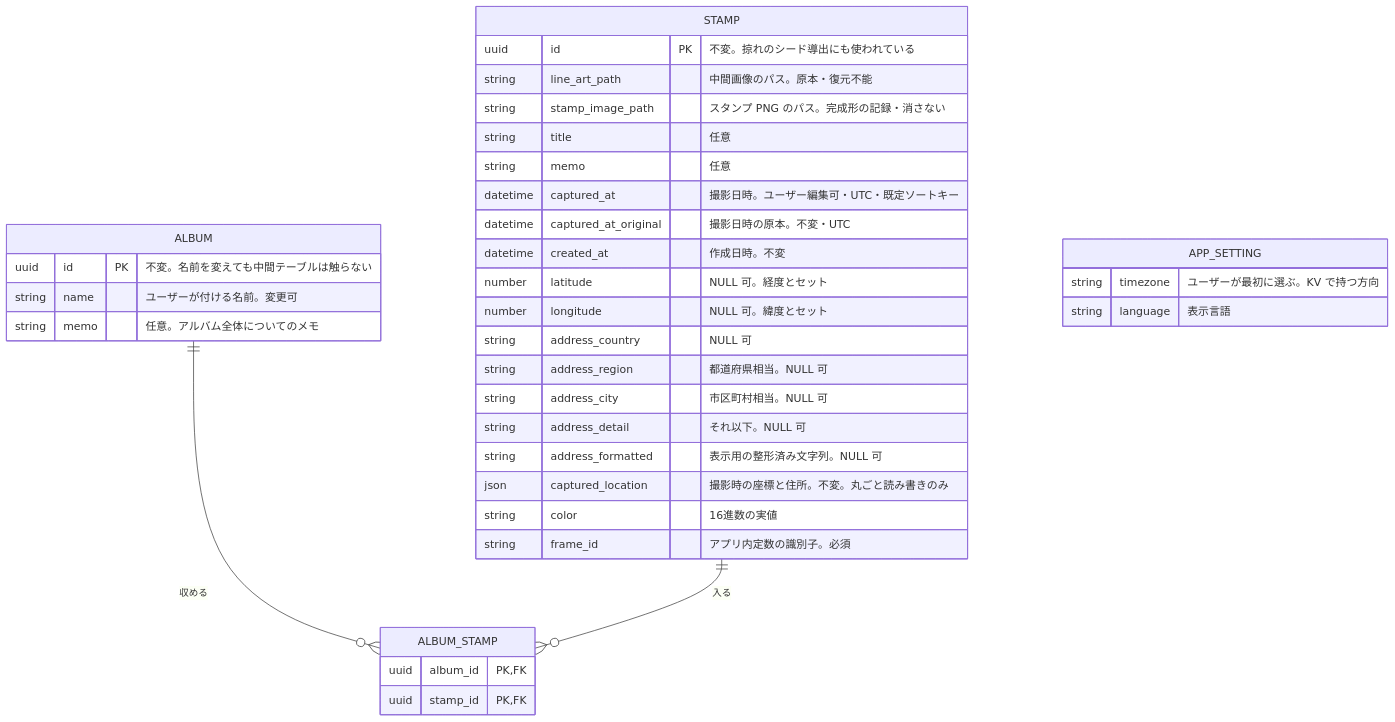
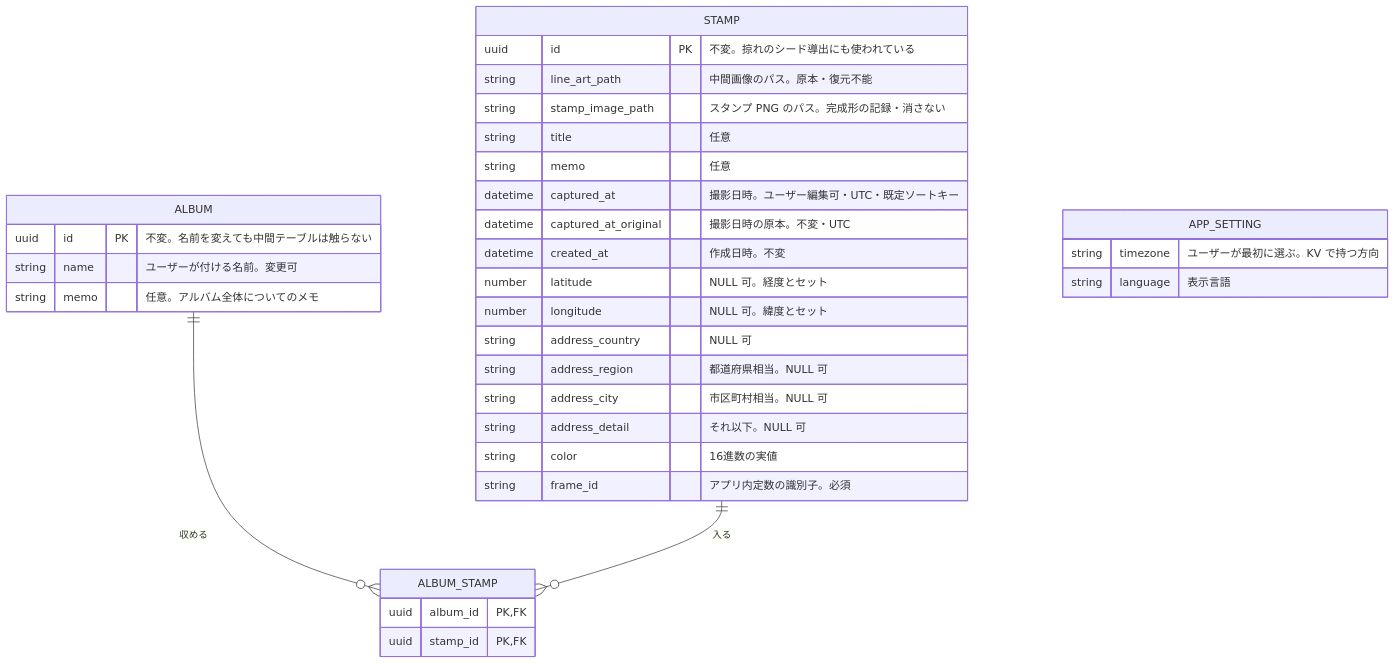
Before and after one commit to monarizzz/tabipon: the first of 3 diagrams in docs/data-model.md, drawn with Mermaid. The commit also changed other lines of this file, not shown here.

````diff
--- a/docs/data-model.md
+++ b/docs/data-model.md
@@ -133,42 +130,40 @@
 ```mermaid
 erDiagram
     STAMP {
         uuid id PK "不変。掠れのシード導出にも使われている"
         string line_art_path "中間画像のパス。原本・復元不能"
         string stamp_image_path "スタンプ PNG のパス。完成形の記録・消さない"
         string title "任意"
         string memo "任意"
         datetime captured_at "撮影日時。ユーザー編集可・UTC・既定ソートキー"
         datetime captured_at_original "撮影日時の原本。不変・UTC"
         datetime created_at "作成日時。不変"
         number latitude "NULL 可。経度とセット"
         number longitude "NULL 可。緯度とセット"
         string address_country "NULL 可"
         string address_region "都道府県相当。NULL 可"
         string address_city "市区町村相当。NULL 可"
         string address_detail "それ以下。NULL 可"
-        string address_formatted "表示用の整形済み文字列。NULL 可"
-        json captured_location "撮影時の座標と住所。不変。丸ごと読み書きのみ"
         string color "16進数の実値"
         string frame_id "アプリ内定数の識別子。必須"
     }
 
     ALBUM {
         uuid id PK "不変。名前を変えても中間テーブルは触らない"
         string name "ユーザーが付ける名前。変更可"
         string memo "任意。アルバム全体についてのメモ"
     }
 
     ALBUM_STAMP {
         uuid album_id PK,FK
         uuid stamp_id PK,FK
     }
 
     APP_SETTING {
         string timezone "ユーザーが最初に選ぶ。KV で持つ方向"
         string language "表示言語"
     }
 
     ALBUM ||--o{ ALBUM_STAMP : "収める"
     STAMP ||--o{ ALBUM_STAMP : "入る"
 ```
````
